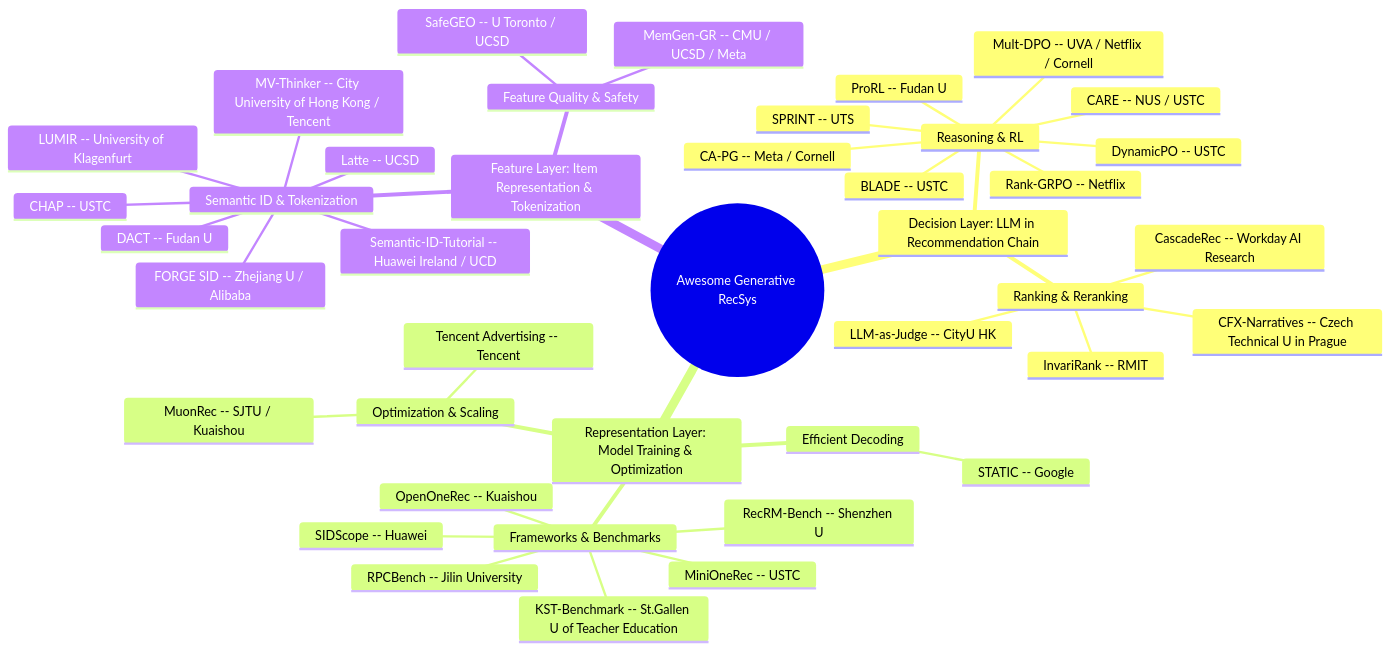
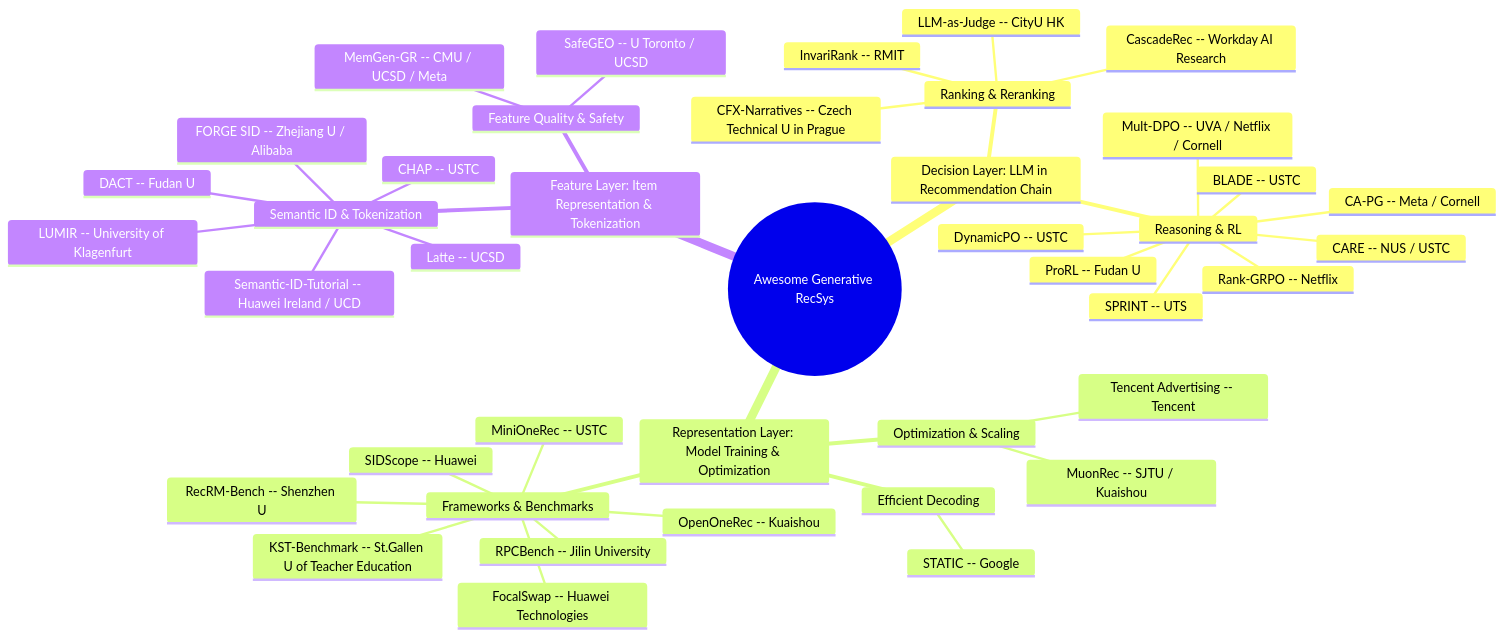
The diagram in README.md (HaFred/awesome-generative-recsys), drawn with Mermaid before and after one commit. The commit also changed other lines of this file and 3 other files, not shown here.

Commit message:
opensource: FocalSwap audit toolkit leads 8 new gen-rec papers, from Kuaishou EvoRec self-evolution to Meta PRISM history scaling

````diff
--- a/README.md
+++ b/README.md
@@ -30,44 +30,44 @@
 ```mermaid
 mindmap
   root((Awesome Generative RecSys))
     Decision Layer: LLM in Recommendation Chain
       Reasoning & RL
         Rank-GRPO -- Netflix
         DynamicPO -- USTC
         BLADE -- USTC
         SPRINT -- UTS
         CARE -- NUS / USTC
         Mult-DPO -- UVA / Netflix / Cornell
         CA-PG -- Meta / Cornell
         ProRL -- Fudan U
       Ranking & Reranking
         InvariRank -- RMIT
         LLM-as-Judge -- CityU HK
         CFX-Narratives -- Czech Technical U in Prague
         CascadeRec -- Workday AI Research
     Representation Layer: Model Training & Optimization
       Frameworks & Benchmarks
         MiniOneRec -- USTC
         OpenOneRec -- Kuaishou
         RecRM-Bench -- Shenzhen U
         SIDScope -- Huawei
         RPCBench -- Jilin University
         KST-Benchmark -- St.Gallen U of Teacher Education
+        FocalSwap -- Huawei Technologies
       Efficient Decoding
         STATIC -- Google
       Optimization & Scaling
         MuonRec -- SJTU / Kuaishou
         Tencent Advertising -- Tencent
     Feature Layer: Item Representation & Tokenization
       Semantic ID & Tokenization
         Latte -- UCSD
         FORGE SID -- Zhejiang U / Alibaba
         DACT -- Fudan U
         CHAP -- USTC
-        MV-Thinker -- City University of Hong Kong / Tencent
         Semantic-ID-Tutorial -- Huawei Ireland / UCD
         LUMIR -- University of Klagenfurt
       Feature Quality & Safety
         SafeGEO -- U Toronto / UCSD
         MemGen-GR -- CMU / UCSD / Meta
 ```
````
